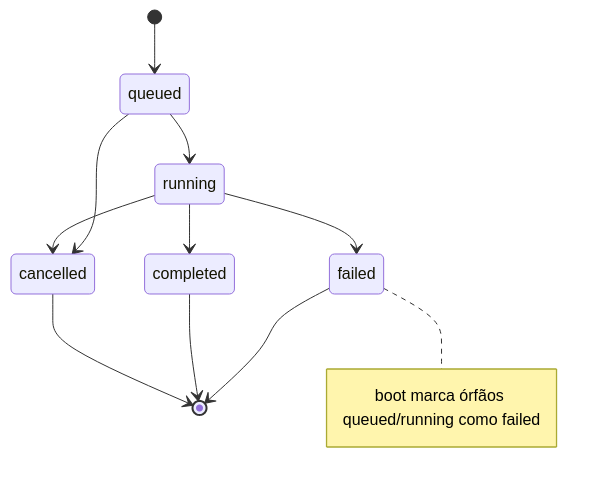
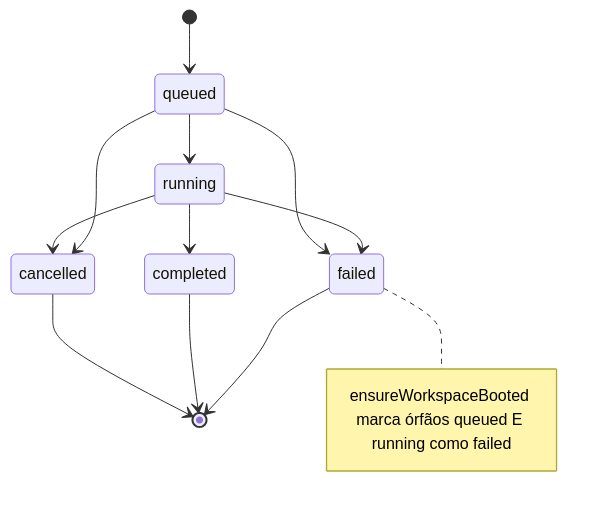
One commit to guilhermexp/craft-agents-oss changed the third of 3 diagrams in docs/plans/2026-08-05-001-feat-war-room-agent-membership-plan.md. Above: the diagram before and after it, drawn with Mermaid. The commit also changed other lines of this file, not shown here.

````diff
--- a/docs/plans/2026-08-05-001-feat-war-room-agent-membership-plan.md
+++ b/docs/plans/2026-08-05-001-feat-war-room-agent-membership-plan.md
@@ -188,13 +287,14 @@
 ```mermaid
 stateDiagram-v2
     [*] --> queued
     queued --> running
     running --> completed
     running --> failed
+    queued --> failed
     queued --> cancelled
     running --> cancelled
     failed --> [*]
     completed --> [*]
     cancelled --> [*]
-    note right of failed: boot marca órfãos queued/running como failed
+    note right of failed: ensureWorkspaceBooted marca órfãos queued E running como failed
 ```
````
